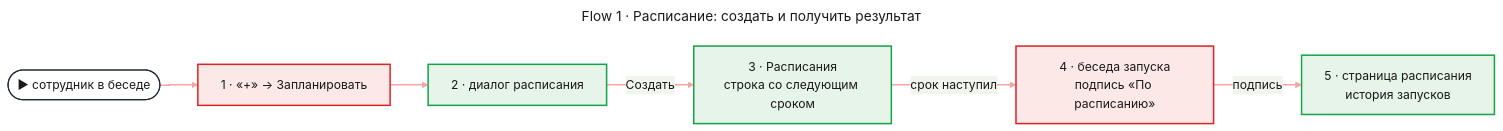
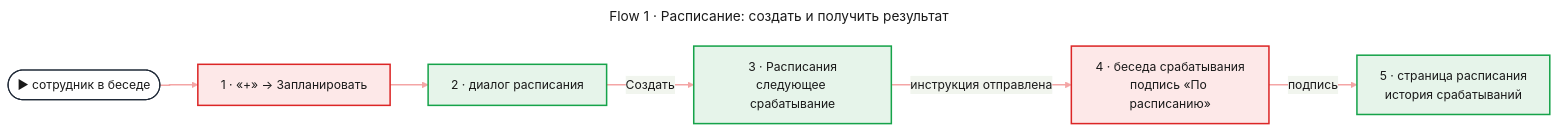
Before and after one commit to tundraray/agent-os: the first of 3 diagrams in docs/features/schedules-search-memory/uxrd.md, drawn with Mermaid. The commit also changed other lines of this file and 10 other files, not shown here.

````diff
--- a/docs/features/schedules-search-memory/uxrd.md
+++ b/docs/features/schedules-search-memory/uxrd.md
@@ -55,45 +53,45 @@
 ```mermaid
 ---
 title: "Flow 1 · Расписание: создать и получить результат"
 config:
   theme: base
   look: classic
   themeVariables:
     primaryColor: "#eef1f5"
     primaryBorderColor: "#4b5563"
     primaryTextColor: "#1a1a1a"
     lineColor: "#6b7280"
   flowchart:
     curve: step
   themeCSS: |
     @keyframes lit_f1{0%,18%{stroke:#991b1b;stroke-width:6px}20%,100%{stroke:#f4a5a5;stroke-width:2px}}
 ---
 flowchart LR
     entry(["▶ сотрудник в беседе"])
     plus["1 · «+» → Запланировать"]
     dlg["2 · диалог расписания"]
-    list["3 · Расписания<br/>строка со следующим сроком"]
-    conv["4 · беседа запуска<br/>подпись «По расписанию»"]
-    page["5 · страница расписания<br/>история запусков"]
+    list["3 · Расписания<br/>следующее срабатывание"]
+    conv["4 · беседа срабатывания<br/>подпись «По расписанию»"]
+    page["5 · страница расписания<br/>история срабатываний"]
     entry e1@--> plus
     plus e2@--> dlg
     dlg e3@-->|"Создать"| list
-    list e4@-->|"срок наступил"| conv
+    list e4@-->|"инструкция отправлена"| conv
     conv e5@-->|"подпись"| page
     classDef entry fill:#ffffff,stroke:#1f2937,stroke-width:1.5px,color:#1a1a1a
     classDef changed fill:#fde8e8,stroke:#dc2626,stroke-width:2px,color:#1a1a1a
     classDef new fill:#e6f4ea,stroke:#16a34a,stroke-width:2px,color:#1a1a1a
     classDef w1 stroke:#f4a5a5,stroke-width:2px,animation:lit_f1 6s linear 0s infinite
     classDef w2 stroke:#f4a5a5,stroke-width:2px,animation:lit_f1 6s linear 1.2s infinite
     classDef w3 stroke:#f4a5a5,stroke-width:2px,animation:lit_f1 6s linear 2.4s infinite
     classDef w4 stroke:#f4a5a5,stroke-width:2px,animation:lit_f1 6s linear 3.6s infinite
     classDef w5 stroke:#f4a5a5,stroke-width:2px,animation:lit_f1 6s linear 4.8s infinite
     class entry entry
     class plus,conv changed
     class dlg,list,page new
     class e1 w1
     class e2 w2
     class e3 w3
     class e4 w4
     class e5 w5
 ```
````
